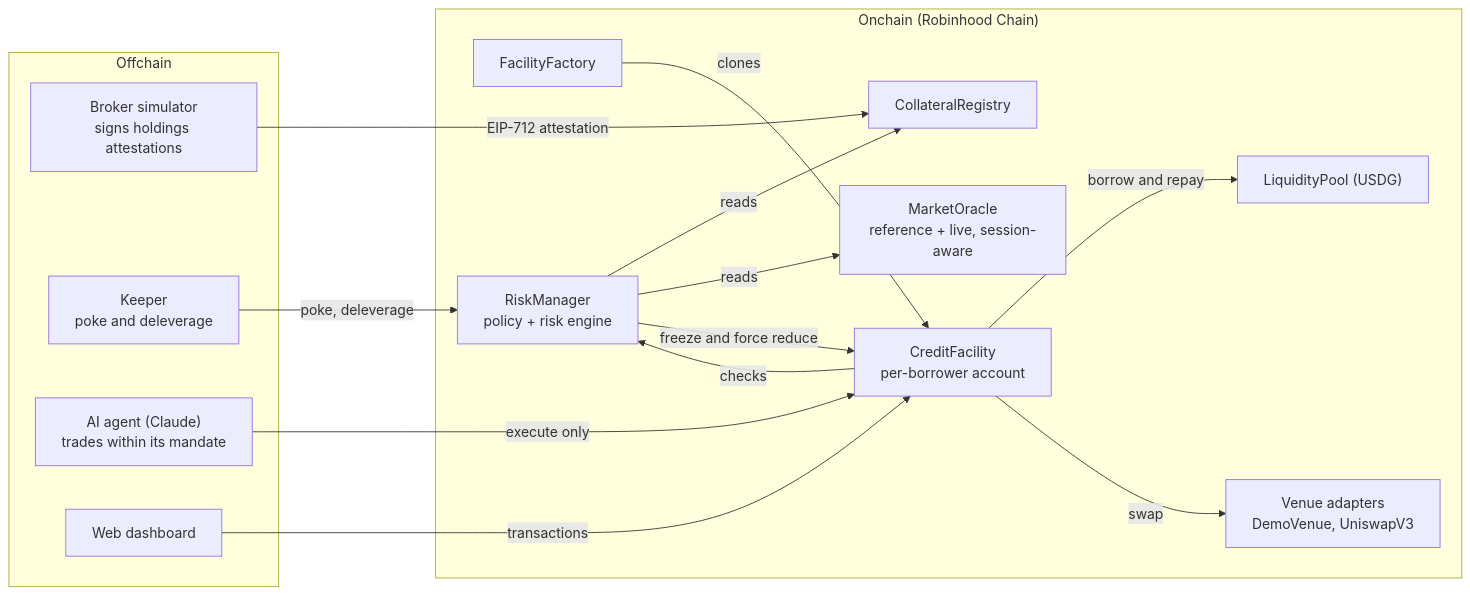
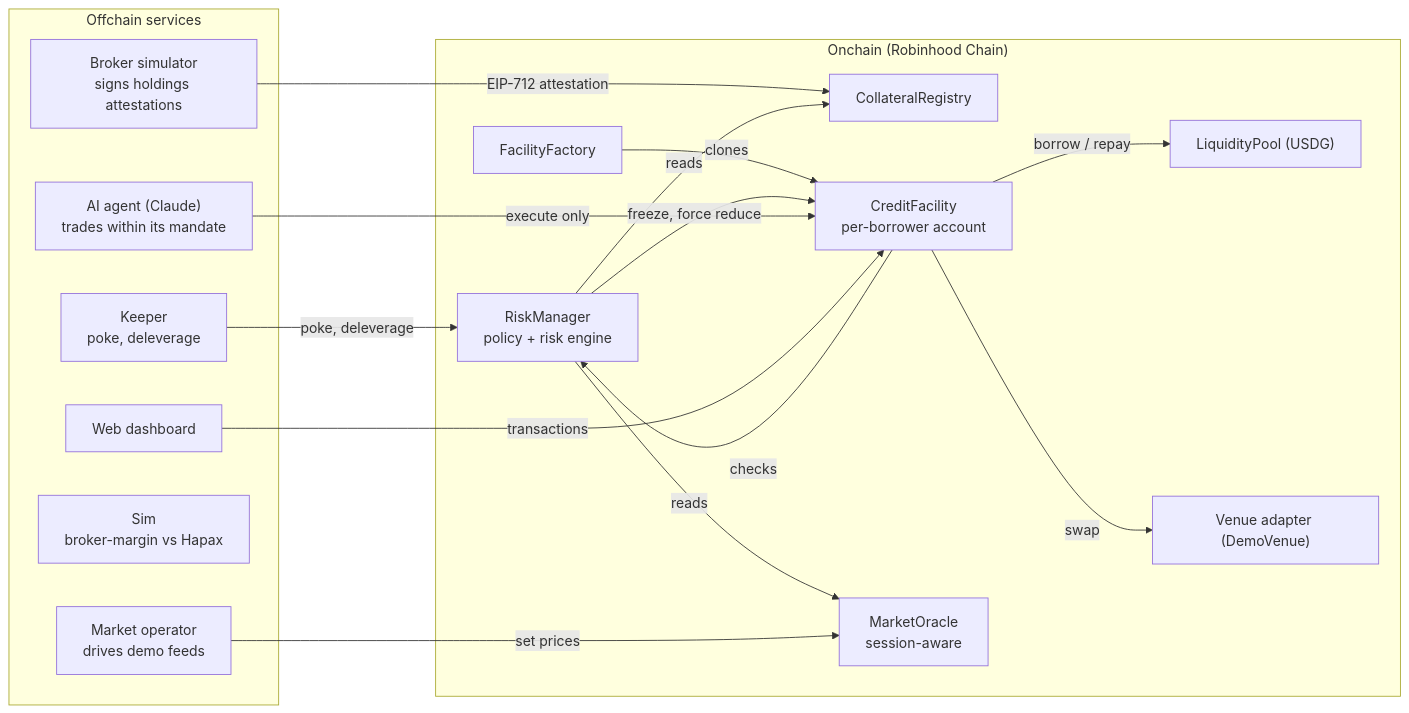
The first of 2 diagrams in docs/ARCHITECTURE.md (olurocks/hapax), drawn with Mermaid before and after one commit. The commit also changed other lines of this file and 17 other files, not shown here.

````diff
--- a/docs/ARCHITECTURE.md
+++ b/docs/ARCHITECTURE.md
@@ -78,29 +34,32 @@
 ```mermaid
 flowchart LR
-  subgraph OFF["Offchain"]
+  subgraph OFF["Offchain services"]
     B["Broker simulator<br/>signs holdings attestations"]
-    K["Keeper<br/>poke and deleverage"]
+    K["Keeper<br/>poke, deleverage"]
     AG["AI agent (Claude)<br/>trades within its mandate"]
+    M["Market operator<br/>drives demo feeds"]
+    S["Sim<br/>broker-margin vs Hapax"]
     UI["Web dashboard"]
   end
   subgraph ON["Onchain (Robinhood Chain)"]
     R["CollateralRegistry"]
     FF["FacilityFactory"]
     F["CreditFacility<br/>per-borrower account"]
-    O["MarketOracle<br/>reference + live, session-aware"]
+    O["MarketOracle<br/>session-aware"]
     L["LiquidityPool (USDG)"]
-    M["RiskManager<br/>policy + risk engine"]
-    V["Venue adapters<br/>DemoVenue, UniswapV3"]
+    RM["RiskManager<br/>policy + risk engine"]
+    V["Venue adapter (DemoVenue)"]
   end
   B -->|EIP-712 attestation| R
   FF -->|clones| F
-  F -->|borrow and repay| L
+  F -->|borrow / repay| L
   F -->|swap| V
-  F -->|checks| M
-  M -->|reads| R
-  M -->|reads| O
-  M -->|freeze and force reduce| F
-  K -->|poke, deleverage| M
+  F -->|checks| RM
+  RM -->|reads| R
+  RM -->|reads| O
+  RM -->|freeze, force reduce| F
+  K -->|poke, deleverage| RM
   AG -->|execute only| F
+  M -->|set prices| O
   UI -->|transactions| F
 ```
````
